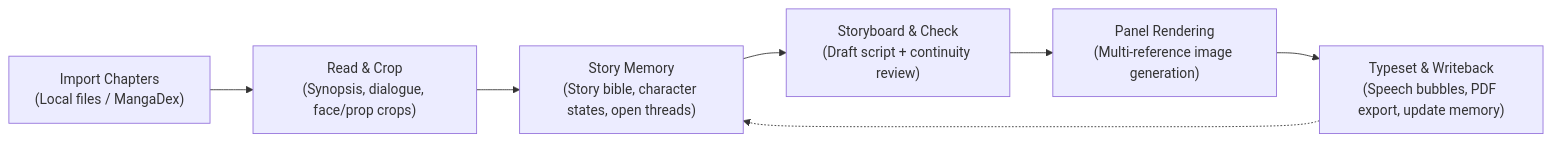
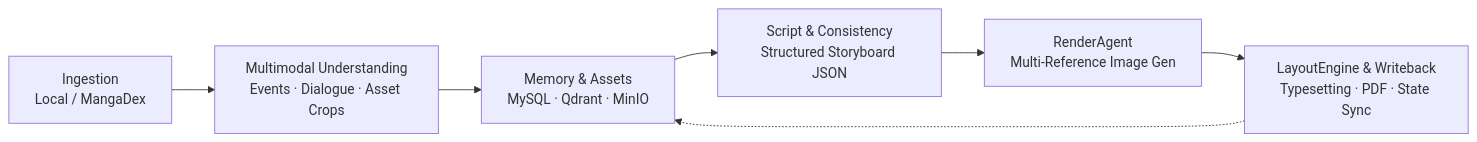
The diagram in README.md (Gwen0x4c3/manga-forge), drawn with Mermaid before and after one commit. The commit also changed other lines of this file and 1 other file, not shown here.

````diff
--- a/README.md
+++ b/README.md
@@ -58,9 +64,9 @@
 ```mermaid
 flowchart LR
-    Import["Import Chapters<br/>(Local files / MangaDex)"] --> Understand["Read & Crop<br/>(Synopsis, dialogue, face/prop crops)"]
-    Understand --> Memory["Story Memory<br/>(Story bible, character states, open threads)"]
-    Memory --> Script["Storyboard & Check<br/>(Draft script + continuity review)"]
-    Script --> Render["Panel Rendering<br/>(Multi-reference image generation)"]
-    Render --> Layout["Typeset & Writeback<br/>(Speech bubbles, PDF export, update memory)"]
+    Ingest["Ingestion<br/>Local / MangaDex"] --> Understand["Multimodal Understanding<br/>Events · Dialogue · Asset Crops"]
+    Understand --> Memory["Memory & Assets<br/>MySQL · Qdrant · MinIO"]
+    Memory --> Script["Script & Consistency<br/>Structured Storyboard JSON"]
+    Script --> Render["RenderAgent<br/>Multi-Reference Image Gen"]
+    Render --> Layout["LayoutEngine & Writeback<br/>Typesetting · PDF · State Sync"]
     Layout -.-> Memory
 ```
````
